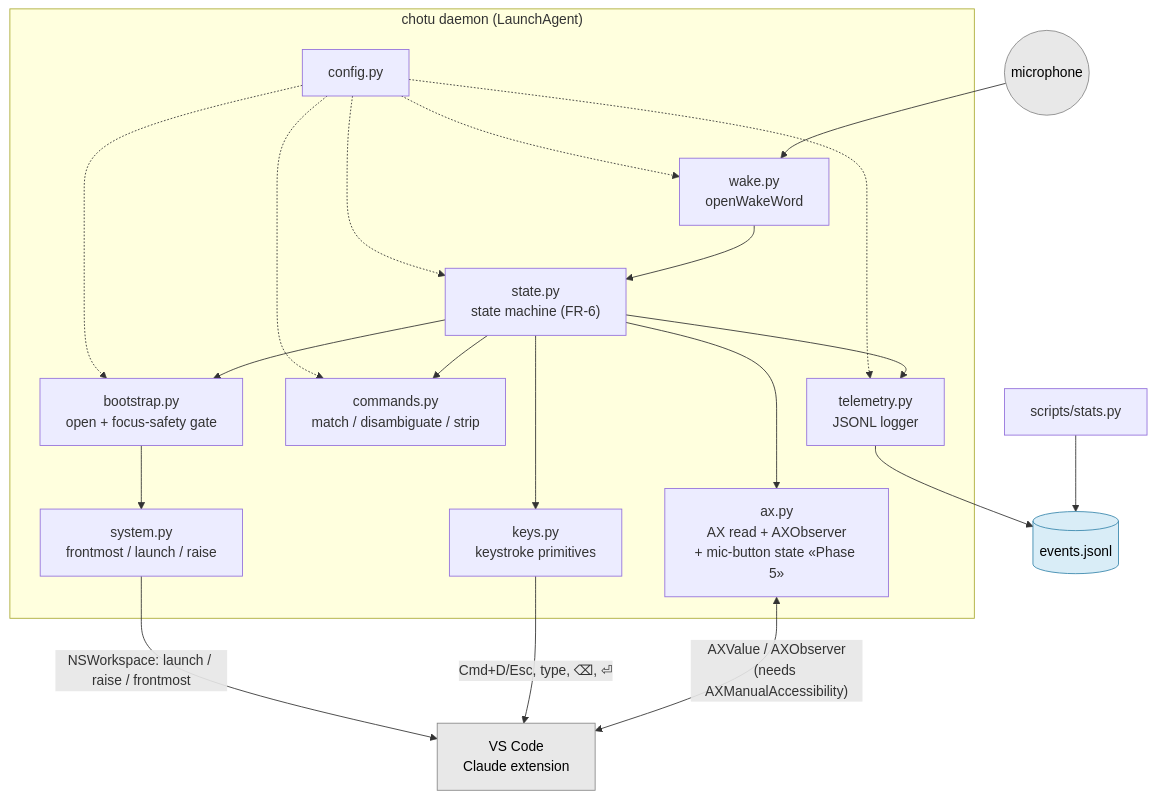
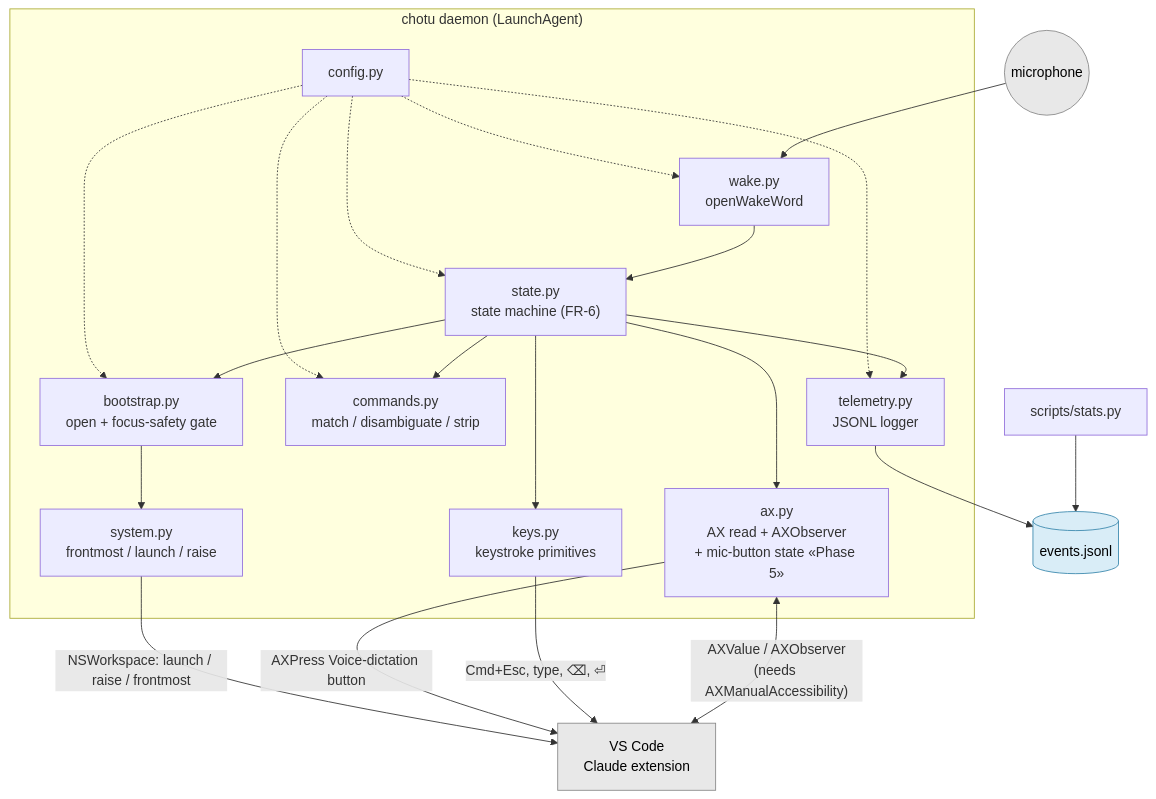
The first of 8 diagrams in docs/ARCHITECTURE.md (utkarshtrivedimdz/hey-claude), drawn with Mermaid before and after one commit. The commit also changed other lines of this file and 18 other files, not shown here.

First line of the commit message:
feat(dictation): button-driven AXPress dictation with event-based state

````diff
--- a/docs/ARCHITECTURE.md
+++ b/docs/ARCHITECTURE.md
@@ -14,40 +14,41 @@
 ```mermaid
 graph TD
   MIC(("microphone")):::ext
   subgraph daemon["chotu daemon (LaunchAgent)"]
     W["wake.py<br/>openWakeWord"]
     SM["state.py<br/>state machine (FR-6)"]
     BS["bootstrap.py<br/>open + focus-safety gate"]
     SYS["system.py<br/>frontmost / launch / raise"]
     CMD["commands.py<br/>match / disambiguate / strip"]
     AX["ax.py<br/>AX read + AXObserver<br/>+ mic-button state «Phase 5»"]
     KEYS["keys.py<br/>keystroke primitives"]
     TEL["telemetry.py<br/>JSONL logger"]
     CFG["config.py"]
   end
   VSC["VS Code<br/>Claude extension"]:::ext
   LOG[("events.jsonl")]:::store
   STATS["scripts/stats.py"]
 
   MIC --> W
   W --> SM
   SM --> BS
   SM --> CMD
   SM --> TEL
   SM --> AX
   SM --> KEYS
   BS --> SYS
   AX <-->|"AXValue / AXObserver<br/>(needs AXManualAccessibility)"| VSC
-  KEYS -->|"Cmd+D/Esc, type, ⌫, ⏎"| VSC
+  KEYS -->|"Cmd+Esc, type, ⌫, ⏎"| VSC
+  AX -->|"AXPress Voice-dictation button"| VSC
   SYS -->|"NSWorkspace: launch / raise / frontmost"| VSC
   CFG -.-> W
   CFG -.-> SM
   CFG -.-> BS
   CFG -.-> CMD
   CFG -.-> TEL
   TEL --> LOG
   STATS --> LOG
 
   classDef ext fill:#e8e8e8,stroke:#888,color:#000;
   classDef store fill:#d9edf7,stroke:#3a87ad,color:#000;
 ```
````
